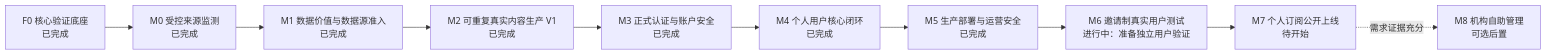
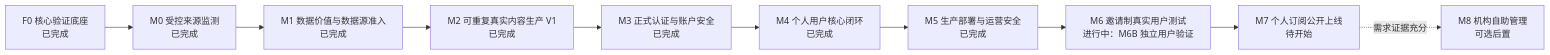
Before and after one commit to daiphoon/dealflow-radar: the diagram in docs/10-implementation-plan.md, drawn with Mermaid. The commit also changed other lines of this file and 3 other files, not shown here.

````diff
--- a/docs/10-implementation-plan.md
+++ b/docs/10-implementation-plan.md
@@ -23,12 +23,12 @@
 ```mermaid
 flowchart LR
     F0["F0 核心验证底座<br/>已完成"] --> M0["M0 受控来源监测<br/>已完成"]
     M0 --> M1["M1 数据价值与数据源准入<br/>已完成"]
     M1 --> M2["M2 可重复真实内容生产 V1<br/>已完成"]
     M2 --> M3["M3 正式认证与账户安全<br/>已完成"]
     M3 --> M4["M4 个人用户核心闭环<br/>已完成"]
     M4 --> M5["M5 生产部署与运营安全<br/>已完成"]
-    M5 --> M6["M6 邀请制真实用户测试<br/>进行中：准备独立用户验证"]
+    M5 --> M6["M6 邀请制真实用户测试<br/>进行中：M6B 独立用户验证"]
     M6 --> M7["M7 个人订阅公开上线<br/>待开始"]
     M7 -."需求证据充分".-> M8["M8 机构自助管理<br/>可选后置"]
 ```
````
